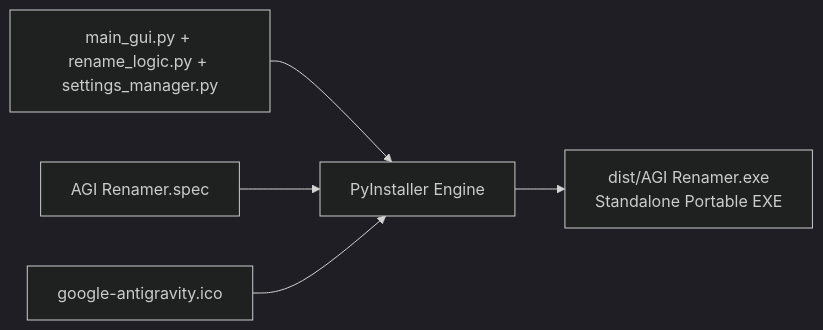
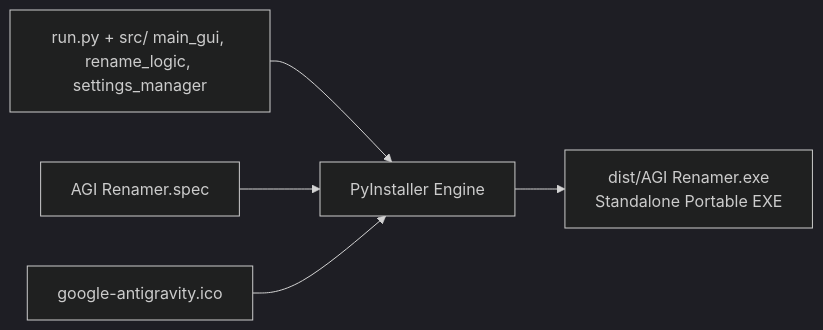
The diagram in .docs/BUILD_AND_PACKAGING.md (adarmawan117/rename-agi-conversation-title), drawn with Mermaid (dark theme) before and after one commit. The commit also changed other lines of this file and 8 other files, not shown here.

First line of the commit message:
Refactor: Move application source code into src/ package with root run.py entry point

````diff
--- a/.docs/BUILD_AND_PACKAGING.md
+++ b/.docs/BUILD_AND_PACKAGING.md
@@ -11,7 +11,7 @@
 ```mermaid
 graph LR
-    Src[main_gui.py + rename_logic.py + settings_manager.py] --> PyInstaller[PyInstaller Engine]
+    Src[run.py + src/ main_gui, rename_logic, settings_manager] --> PyInstaller[PyInstaller Engine]
     Spec[AGI Renamer.spec] --> PyInstaller
     Icon[google-antigravity.ico] --> PyInstaller
     PyInstaller --> OutDir[dist/AGI Renamer.exe<br/>Standalone Portable EXE]
 ```
````
